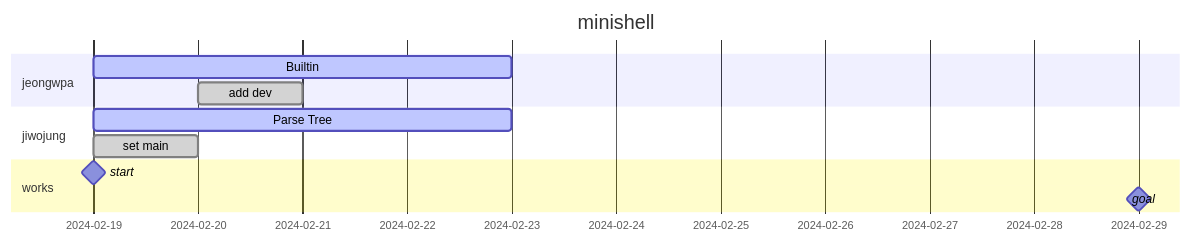
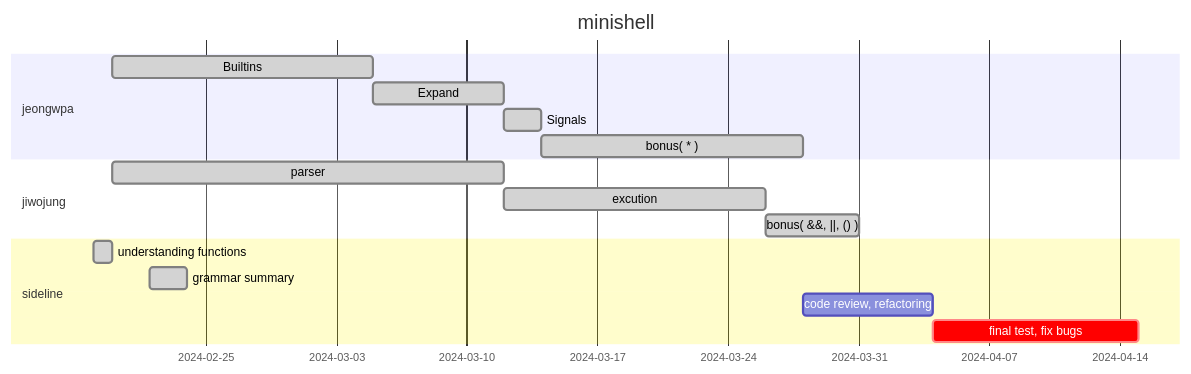
One commit to shelldivers/minishell changed the first of 2 diagrams in README.md. Above: the diagram before and after it, drawn with Mermaid. The commit also changed other lines of this file and 1 other file, not shown here.

````diff
--- a/README.md
+++ b/README.md
@@ -30,17 +35,22 @@
 ```mermaid
 gantt
 dateFormat YYYY-MM-DD
 title minishell
 
 section jeongwpa
-	Builtin : active, 2024-02-19, 2024-02-23
-	add dev : done, 2024-02-20, 1d
+	Builtins : done, des1, after sideline1, 14d
+   Expand : done, des2, after des1, 7d
+   Signals : done, des3, after des2, 2d
+   bonus( * ) : done, des4, after des3, 14d
 
 section jiwojung
-	Parse Tree : active, 2024-02-19, 2024-02-23
-	set main : done, 2024-02-19, 1d
+   parser : done, des5, after sideline1, 21d
+	excution : done, des6, after des5, 14d
+   bonus( &&, ||, () ) : done, des7, after des6, 5d
 
-section works
-	start : milestone, 2024-02-19, 0d
-	goal : milestone, 2024-02-29, 0d
+section sideline
+   understanding functions : done, sideline1, 2024-02-19, 1d
+   grammar summary : done, sideline2, 2024-02-22, 2d
+   code review, refactoring : after des4, 7d
+   final test, fix bugs : crit, 2024-04-04, 11d
 ```
````
